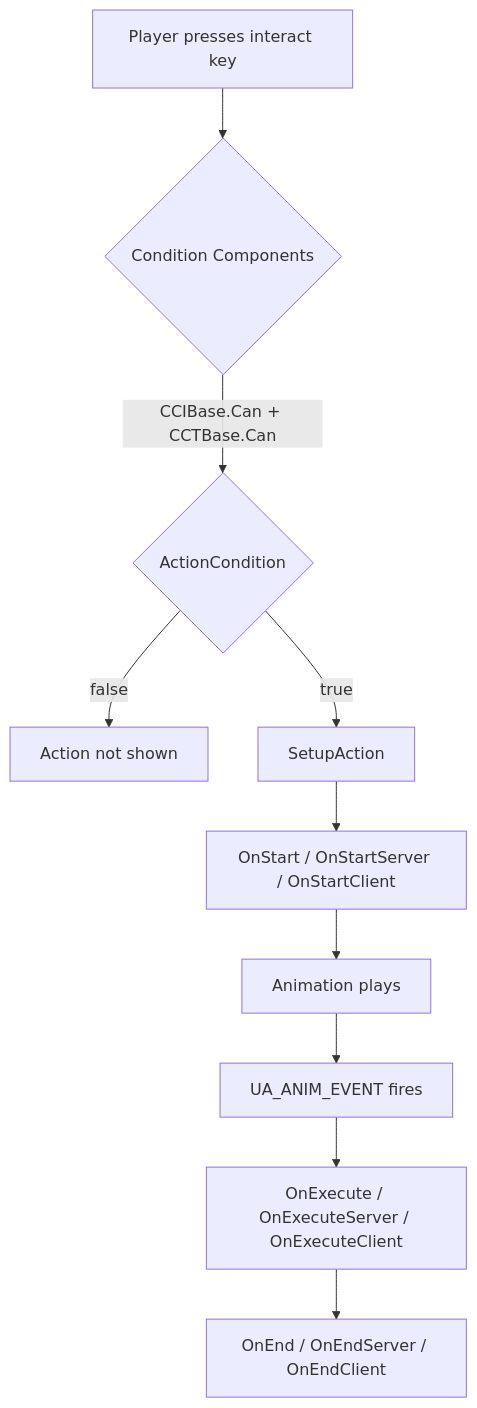
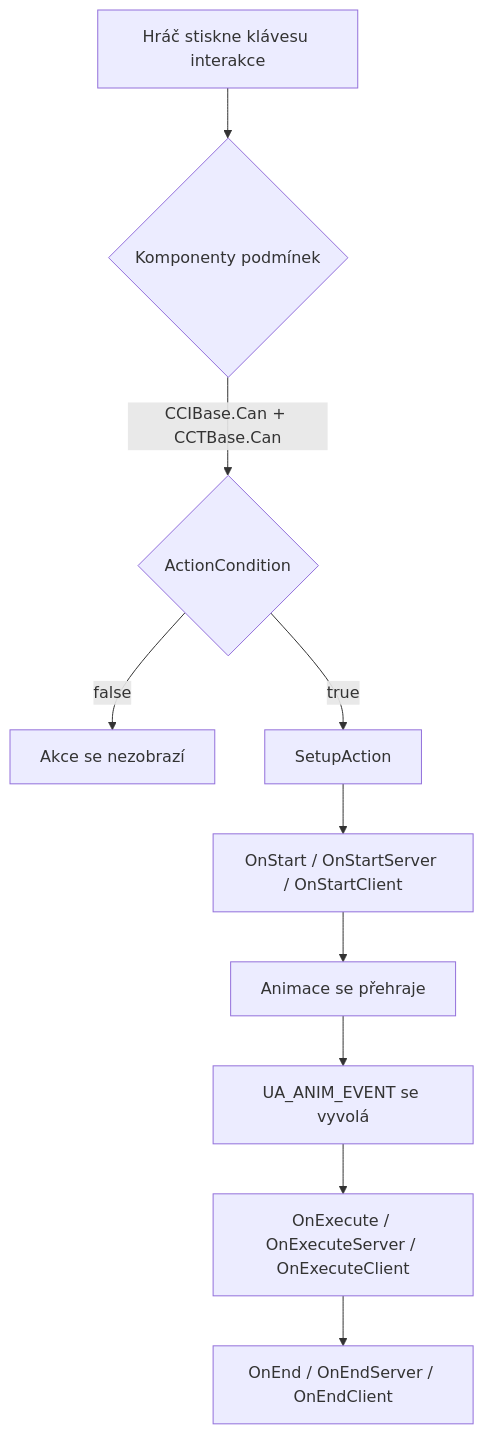
The fourth of 4 diagrams in cs/06-engine-api/12-action-system.md (StarDZ-Team/DayZ-Modding-Wiki), drawn with Mermaid before and after one commit. The commit also changed other lines of this file and 17 other files, not shown here.

````diff
--- a/cs/06-engine-api/12-action-system.md
+++ b/cs/06-engine-api/12-action-system.md
@@ -164,12 +164,12 @@
 ```mermaid
 flowchart TD
-    A[Player presses interact key] --> B{Condition Components}
+    A[Hráč stiskne klávesu interakce] --> B{Komponenty podmínek}
     B -->|CCIBase.Can + CCTBase.Can| C{ActionCondition}
-    C -->|false| D[Action not shown]
+    C -->|false| D[Akce se nezobrazí]
     C -->|true| E[SetupAction]
     E --> F[OnStart / OnStartServer / OnStartClient]
-    F --> G[Animation plays]
-    G --> H[UA_ANIM_EVENT fires]
+    F --> G[Animace se přehraje]
+    G --> H[UA_ANIM_EVENT se vyvolá]
     H --> I[OnExecute / OnExecuteServer / OnExecuteClient]
     I --> J[OnEnd / OnEndServer / OnEndClient]
 ```
````
